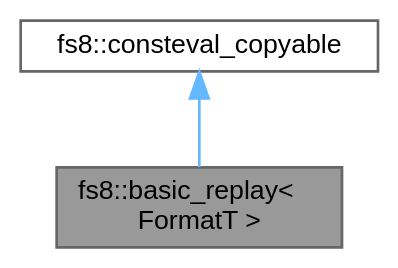
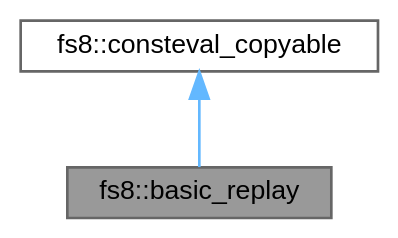
The diagram in api/structfs8_1_1basic__replay__inherit__graph.dot (the-moisrex/foresight), drawn with Graphviz before and after one commit. The commit also changed 62 other files, not shown here.

```diff
--- a/api/structfs8_1_1basic__replay__inherit__graph.dot
+++ b/api/structfs8_1_1basic__replay__inherit__graph.dot
@@ -1,10 +1,10 @@
-digraph "fs8::basic_replay&lt; FormatT &gt;"
+digraph "fs8::basic_replay"
 {
  // LATEX_PDF_SIZE
   bgcolor="transparent";
   edge [fontname=Helvetica,fontsize=10,labelfontname=Helvetica,labelfontsize=10];
   node [fontname=Helvetica,fontsize=10,shape=box,height=0.2,width=0.4];
-  Node1 [id="Node000001",label="fs8::basic_replay\<\l FormatT \>",height=0.2,width=0.4,color="gray40", fillcolor="grey60", style="filled", fontcolor="black",tooltip=" "];
+  Node1 [id="Node000001",label="fs8::basic_replay",height=0.2,width=0.4,color="gray40", fillcolor="grey60", style="filled", fontcolor="black",tooltip=" "];
   Node2 -> Node1 [id="edge1_Node000001_Node000002",dir="back",color="steelblue1",style="solid",tooltip=" "];
   Node2 [id="Node000002",label="fs8::consteval_copyable",height=0.2,width=0.4,color="gray40", fillcolor="white", style="filled",URL="$structfs8_1_1consteval__copyable.html",tooltip=" "];
 }
```
